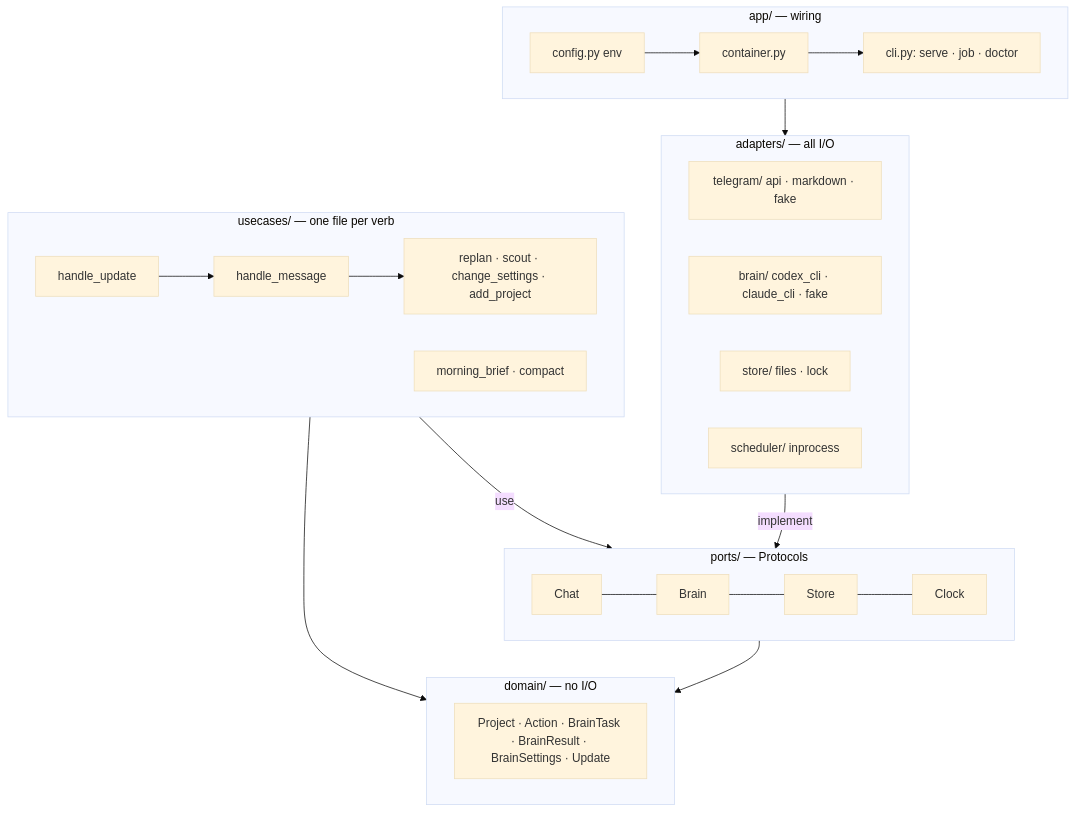
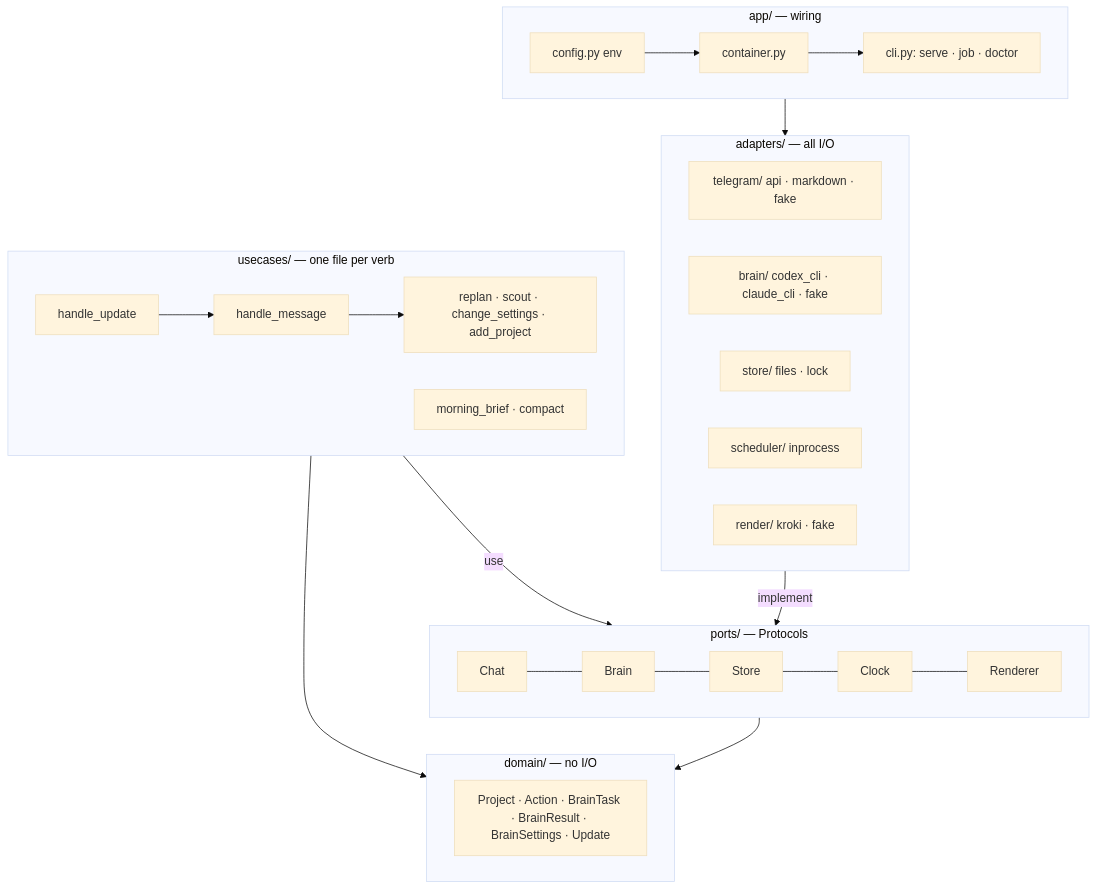
The third of 16 diagrams in docs/ARCHITECTURE.md (vovka/mentor-bot), drawn with Mermaid (base theme) before and after one commit. The commit also changed other lines of this file, not shown here.

First line of the commit message:
docs: renderer port and send_image in the diagrams

````diff
--- a/docs/ARCHITECTURE.md
+++ b/docs/ARCHITECTURE.md
@@ -40,27 +40,28 @@
 ```mermaid
 flowchart TB
   subgraph app["app/ — wiring"]
     CFG[config.py env] --> CT[container.py] --> CLIa["cli.py: serve · job · doctor"]
   end
   subgraph adapters["adapters/ — all I/O"]
     TG[telegram/ api · markdown · fake]
     BR[brain/ codex_cli · claude_cli · fake]
     STO[store/ files · lock]
     SCH[scheduler/ inprocess]
+    RND[render/ kroki · fake]
   end
   subgraph ports["ports/ — Protocols"]
-    PC[Chat] --- PB[Brain] --- PS[Store] --- PK[Clock]
+    PC[Chat] --- PB[Brain] --- PS[Store] --- PK[Clock] --- PR[Renderer]
   end
   subgraph usecases["usecases/ — one file per verb"]
     U1[handle_update] --> U2[handle_message]
     U2 --> U4[replan · scout · change_settings · add_project]
     U3[morning_brief · compact]
   end
   subgraph domain["domain/ — no I/O"]
     D[Project · Action · BrainTask · BrainResult · BrainSettings · Update]
   end
   app --> adapters
   adapters -- implement --> ports
   usecases -- use --> ports
   usecases & ports --> domain
 ```
````
